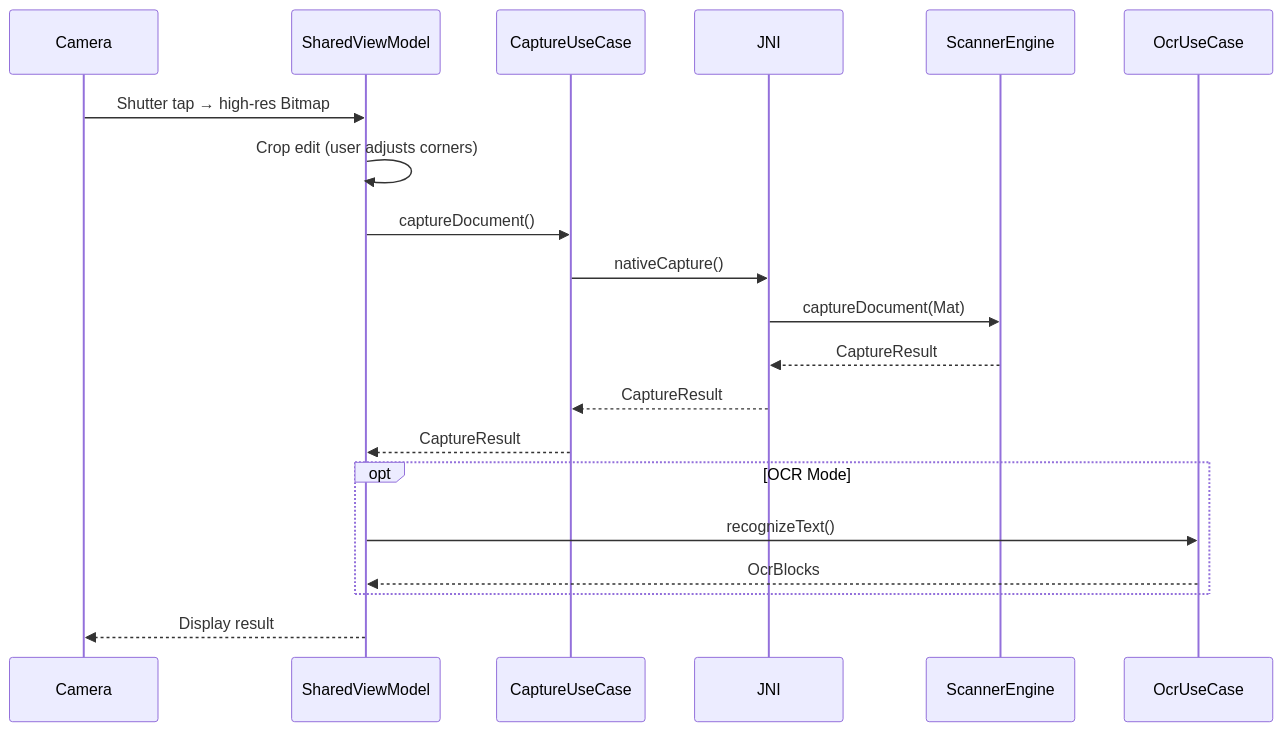
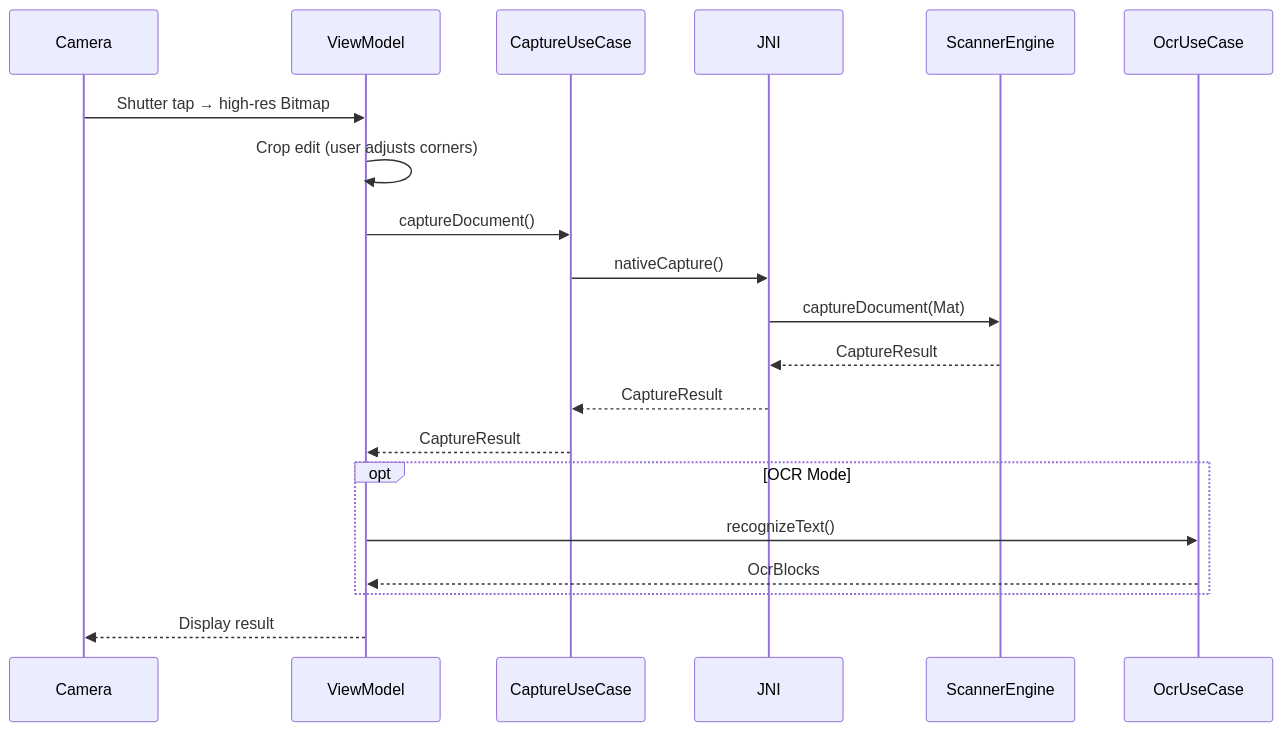
One commit to goodmidnight/native changed the fifth of 9 diagrams in README.md. Above: the diagram before and after it, drawn with Mermaid. The commit also changed other lines of this file, not shown here.

First line of the commit message:
docs(readme): simplify architecture diagrams and project documentation

````diff
--- a/README.md
+++ b/README.md
@@ -236,25 +182,25 @@
 ```mermaid
 sequenceDiagram
     participant Camera
-    participant SharedViewModel
+    participant ViewModel
     participant CaptureUseCase
     participant JNI
     participant ScannerEngine
     participant OcrUseCase
 
-    Camera->>SharedViewModel: Shutter tap → high-res Bitmap
-    SharedViewModel->>SharedViewModel: Crop edit (user adjusts corners)
-    SharedViewModel->>CaptureUseCase: captureDocument()
+    Camera->>ViewModel: Shutter tap → high-res Bitmap
+    ViewModel->>ViewModel: Crop edit (user adjusts corners)
+    ViewModel->>CaptureUseCase: captureDocument()
     CaptureUseCase->>JNI: nativeCapture()
     JNI->>ScannerEngine: captureDocument(Mat)
     ScannerEngine-->>JNI: CaptureResult
     JNI-->>CaptureUseCase: CaptureResult
-    CaptureUseCase-->>SharedViewModel: CaptureResult
+    CaptureUseCase-->>ViewModel: CaptureResult
 
     opt OCR Mode
-        SharedViewModel->>OcrUseCase: recognizeText()
-        OcrUseCase-->>SharedViewModel: OcrBlocks
+        ViewModel->>OcrUseCase: recognizeText()
+        OcrUseCase-->>ViewModel: OcrBlocks
     end
 
-    SharedViewModel-->>Camera: Display result
+    ViewModel-->>Camera: Display result
 ```
````
